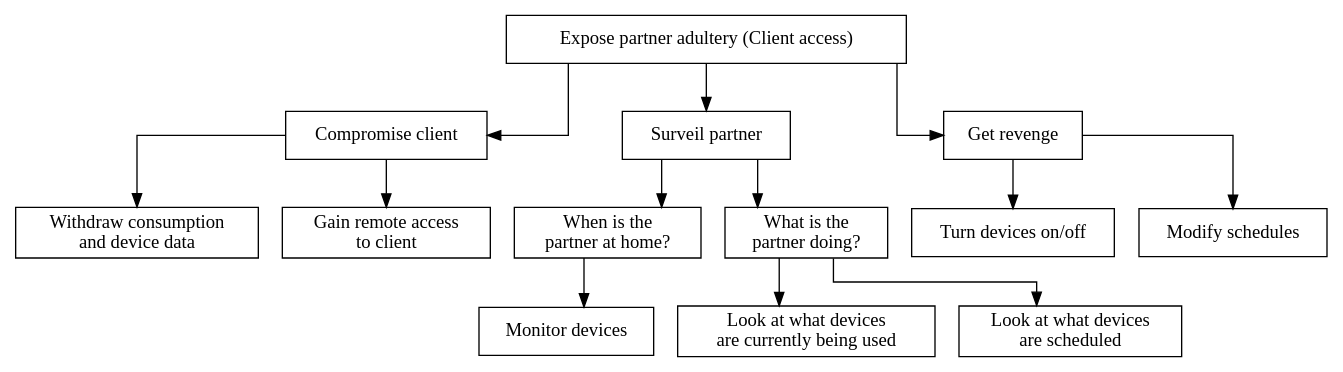
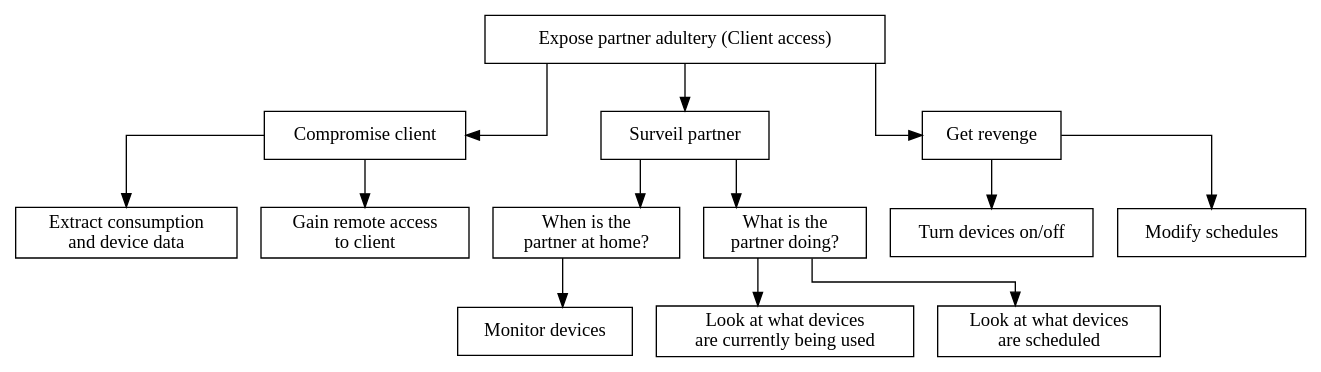
Before and after one commit to des904e15/report: the diagram in figures/graphviz/partner_vs_consumer_client.dot, drawn with Graphviz. The commit also changed 8 other files, not shown here.

```diff
--- a/figures/graphviz/partner_vs_consumer_client.dot
+++ b/figures/graphviz/partner_vs_consumer_client.dot
@@ -1,40 +1,40 @@
 digraph finite_state_machine {
   node [shape = rectangle];
   graph [splines=ortho];
 
   root[label = "Expose partner adultery (Client access)",shape=AND];
 
 
     compromise_client[label="Compromise client", shape=OR];
     root->compromise_client;
-    extractDataFromClient[label="Withdraw consumption\nand device data"];
+    extractDataFromClient[label="Extract consumption\nand device data"];
     gainRemoteAccessToClient[label="Gain remote access\nto client"]
     compromise_client -> extractDataFromClient, gainRemoteAccessToClient;
 
   surveil[label="Surveil partner",shape=OR];
   root->surveil;
 
     at_home[label="When is the\npartner at home?"];
     surveil->at_home
 
       running_devices[label="Monitor devices"];
       at_home->running_devices;
 
     doing_what[label="What is the\npartner doing?",shape=OR];
     surveil->doing_what;
 
       running_devices2[label="Look at what devices\nare currently being used"];
       doing_what->running_devices2;
 
       scheduled_devices[label="Look at what devices\nare scheduled"];
       doing_what->scheduled_devices;
 
   revenge[label="Get revenge",shape=OR];
   root->revenge;
 
     turn_onoff[label="Turn devices on/off"];
     revenge->turn_onoff;
 
     modify_schedules[label="Modify schedules"];
     revenge->modify_schedules;
 }
```
